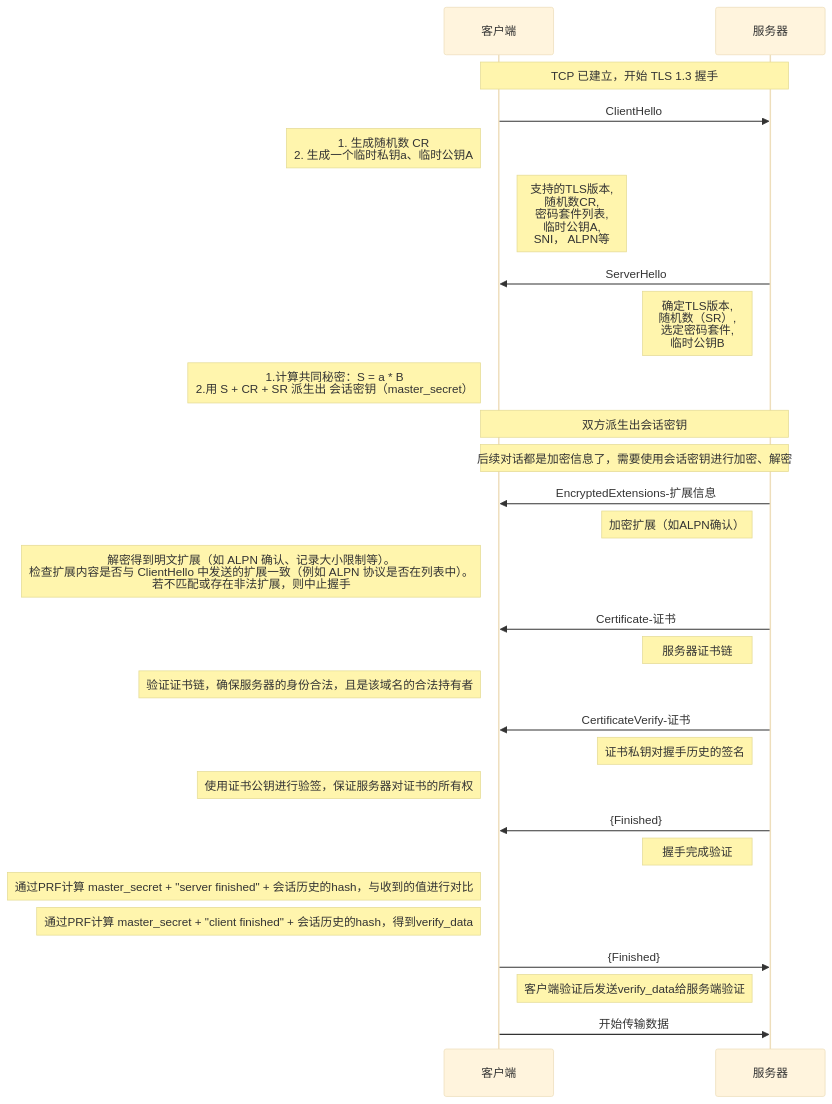
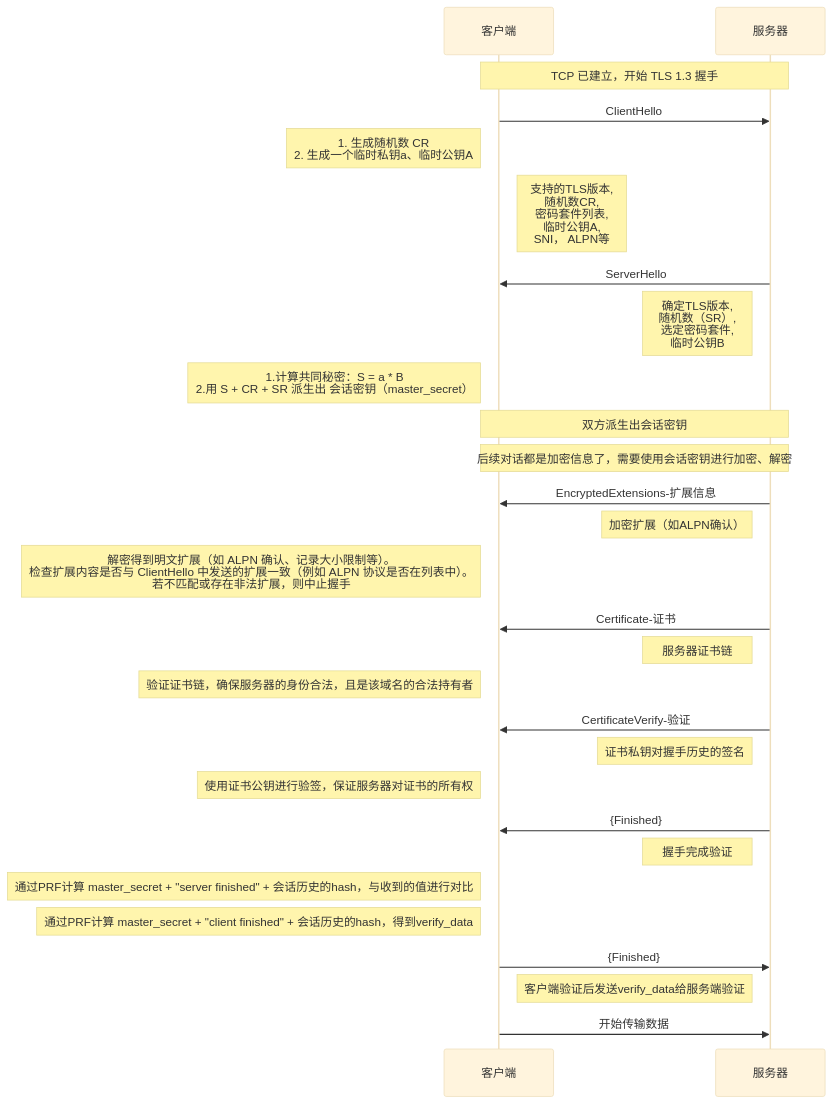
The diagram in all/TLS-1.3-通用.md (HY-10-8/iodraw-files), drawn with Mermaid (base theme) before and after one commit.

Commit message:
2026-03-31 11:05:37 update

````diff
--- a/all/TLS-1.3-通用.md
+++ b/all/TLS-1.3-通用.md
@@ -1,40 +1,40 @@
 ```mermaid
 sequenceDiagram
     participant C as 客户端
     participant S as 服务器
 
     Note over C,S: TCP 已建立，开始 TLS 1.3 握手
 
     C->>S: ClientHello
     Note left of C: 1. 生成随机数 CR<br/> 2. 生成一个临时私钥a、临时公钥A
     Note right of C: 支持的TLS版本,<br/> 随机数CR,<br/> 密码套件列表,<br/> 临时公钥A,<br/> SNI， ALPN等
 
     S->>C: ServerHello
     Note left of S: 确定TLS版本, <br/>随机数（SR）,<br/> 选定密码套件, <br/>临时公钥B
     Note left of C: 1.计算共同秘密：S = a * B<br/> 2.用 S + CR + SR 派生出 会话密钥（master_secret）
 
     Note over C,S: 双方派生出会话密钥
     Note over C,S: 后续对话都是加密信息了，需要使用会话密钥进行加密、解密
 
     S->>C: EncryptedExtensions-扩展信息
     Note left of S: 加密扩展（如ALPN确认）
     Note left of C: 解密得到明文扩展（如 ALPN 确认、记录大小限制等）。<br/>检查扩展内容是否与 ClientHello 中发送的扩展一致（例如 ALPN 协议是否在列表中）。<br/> 若不匹配或存在非法扩展，则中止握手
 
     S->>C: Certificate-证书
     Note left of S: 服务器证书链
     Note left of C: 验证证书链，确保服务器的身份合法，且是该域名的合法持有者
 
-    S->>C: CertificateVerify-证书
+    S->>C: CertificateVerify-验证
     Note left of S: 证书私钥对握手历史的签名
     Note left of C: 使用证书公钥进行验签，保证服务器对证书的所有权
 
     S->>C: {Finished}
     Note left of S: 握手完成验证
     Note left of C: 通过PRF计算 master_secret + "server finished" + 会话历史的hash，与收到的值进行对比
     Note left of C: 通过PRF计算 master_secret + "client finished" + 会话历史的hash，得到verify_data
 
     C->>S: {Finished}
     Note right of C: 客户端验证后发送verify_data给服务端验证
 
     C->>S: 开始传输数据
 ```
````
